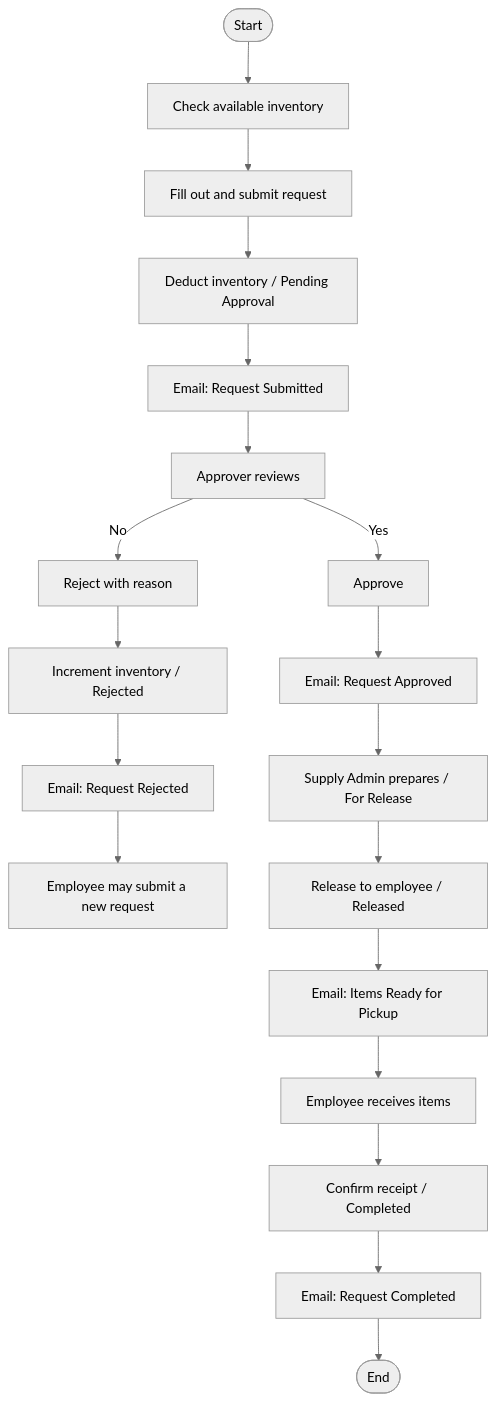
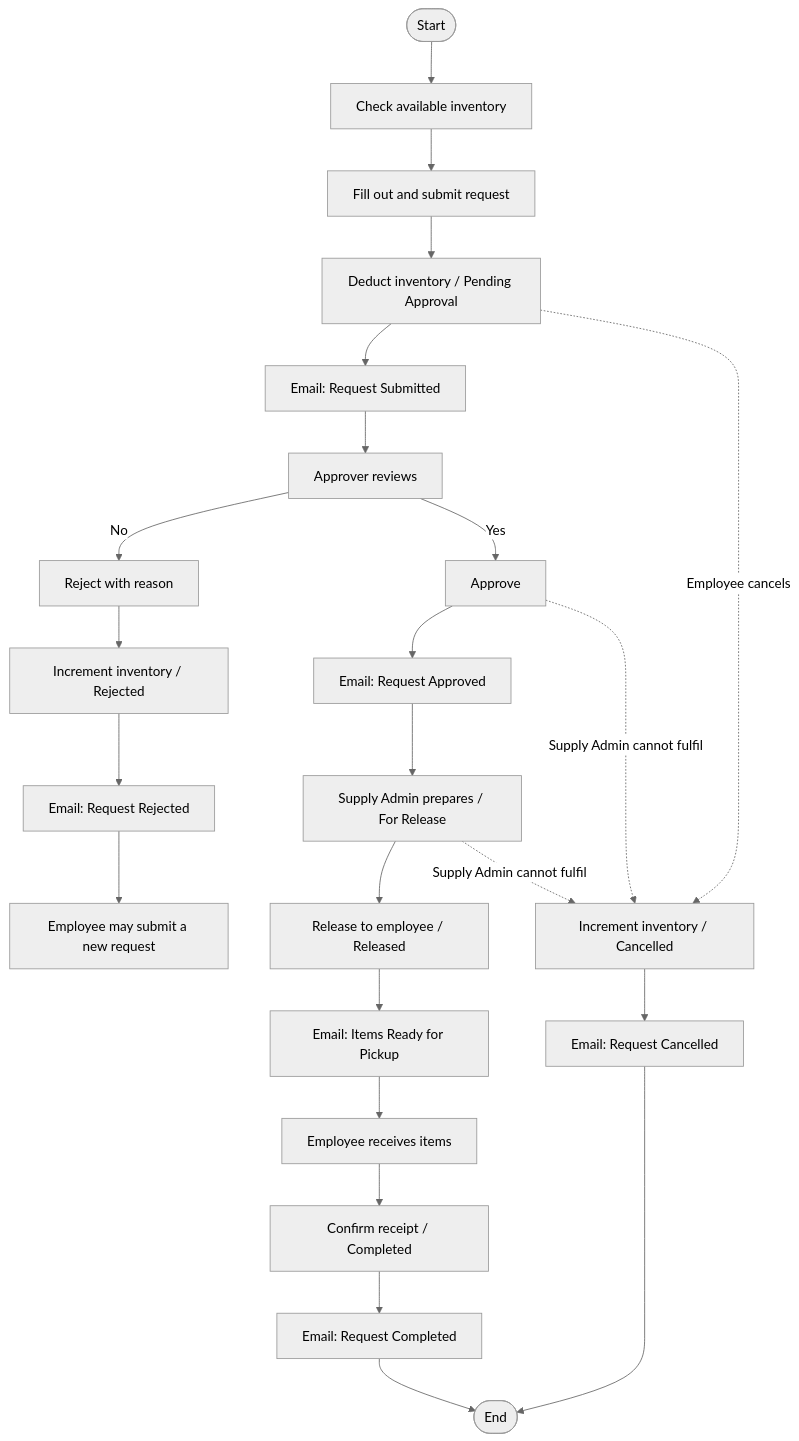
The diagram in docs/process-flow.md (CoDev-Bench-Team/CoDev-OSRS), drawn with Mermaid (neutral theme) before and after one commit. The commit also changed other lines of this file and 26 other files, not shown here.

````diff
--- a/docs/process-flow.md
+++ b/docs/process-flow.md
@@ -95,21 +121,27 @@
 ```mermaid
 flowchart TD
   start([Start]) --> inv[Check available inventory]
   inv --> form[Fill out and submit request]
   form --> deduct[Deduct inventory / Pending Approval]
   deduct --> mail1[Email: Request Submitted]
   mail1 --> review[Approver reviews]
   review -->|No| reject[Reject with reason]
   reject --> inc[Increment inventory / Rejected]
   inc --> mailR[Email: Request Rejected]
   mailR --> newReq[Employee may submit a new request]
   review -->|Yes| approve[Approve]
   approve --> mailA[Email: Request Approved]
   mailA --> prep[Supply Admin prepares / For Release]
   prep --> rel[Release to employee / Released]
   rel --> mailP[Email: Items Ready for Pickup]
   mailP --> recv[Employee receives items]
   recv --> conf[Confirm receipt / Completed]
   conf --> mailC[Email: Request Completed]
   mailC --> endNode([End])
+
+  deduct -.->|Employee cancels| canc[Increment inventory / Cancelled]
+  approve -.->|Supply Admin cannot fulfil| canc
+  prep -.->|Supply Admin cannot fulfil| canc
+  canc --> mailX[Email: Request Cancelled]
+  mailX --> endNode
 ```
````
